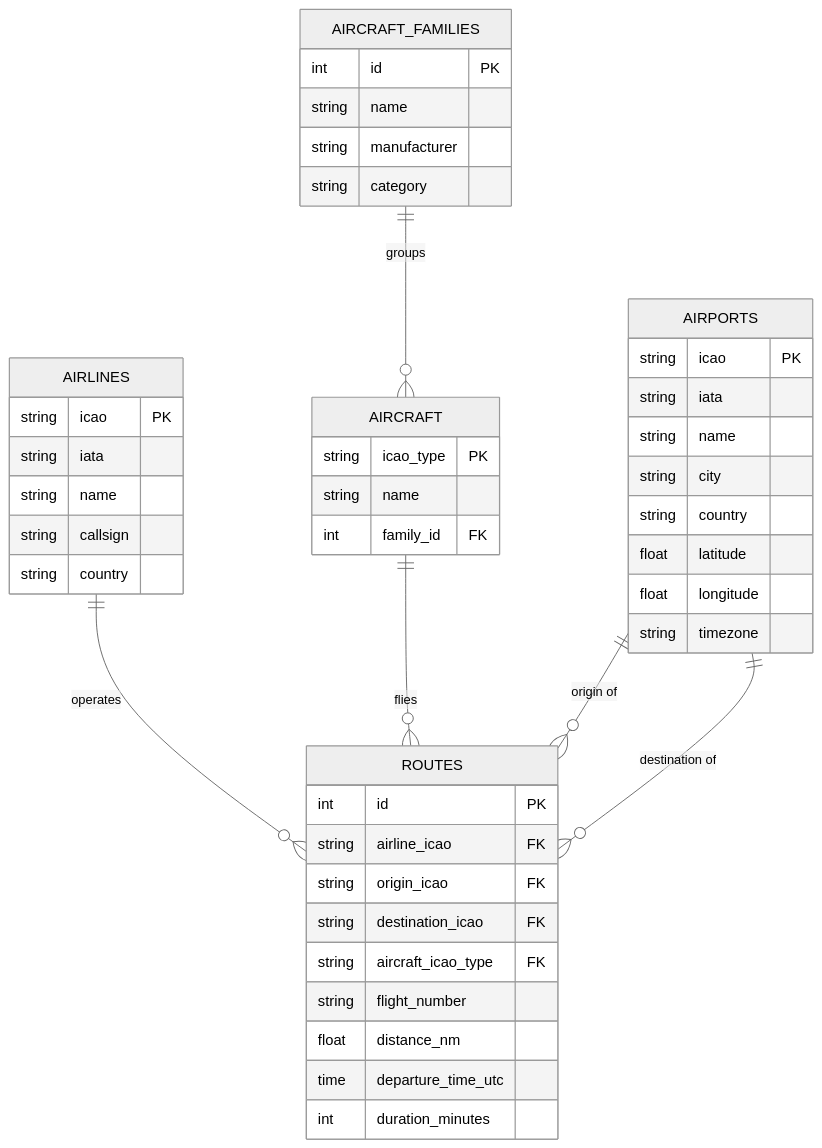
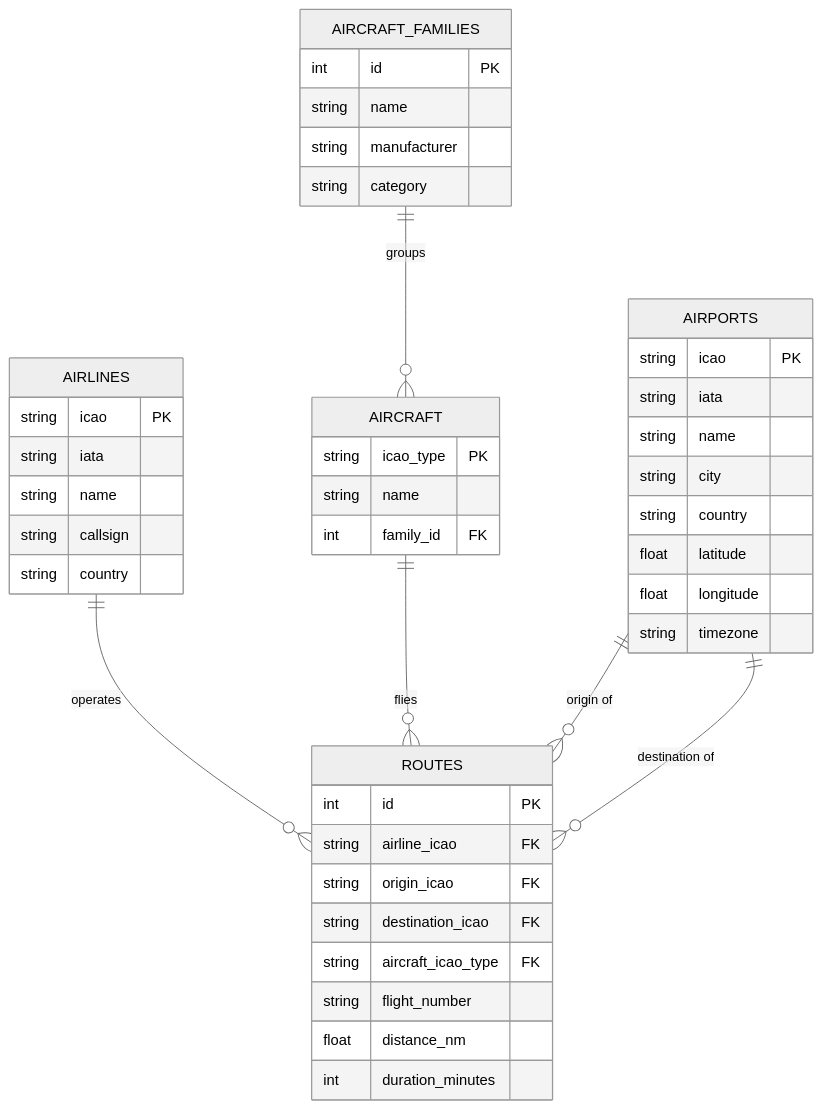
One commit to GeorgeCooke8809/FS-Career changed the diagram in .docs/ERD.md. Above: the diagram before and after it, drawn with Mermaid (neutral theme). The commit also changed 14 other files, not shown here.

````diff
--- a/.docs/ERD.md
+++ b/.docs/ERD.md
@@ -3,52 +3,51 @@
 ```mermaid
 erDiagram
     AIRLINES ||--o{ ROUTES : "operates"
     AIRCRAFT ||--o{ ROUTES : "flies"
     AIRCRAFT_FAMILIES ||--o{ AIRCRAFT : "groups"
     AIRPORTS ||--o{ ROUTES : "origin of"
     AIRPORTS ||--o{ ROUTES : "destination of"
 
     AIRPORTS {
         string icao PK
         string iata
         string name
         string city
         string country
         float latitude
         float longitude
         string timezone
     }
 
     AIRLINES {
         string icao PK
         string iata
         string name
         string callsign
         string country
     }
 
     AIRCRAFT_FAMILIES {
         int id PK
         string name
         string manufacturer
         string category
     }
 
     AIRCRAFT {
         string icao_type PK
         string name
         int family_id FK
     }
 
     ROUTES {
         int id PK
         string airline_icao FK
         string origin_icao FK
         string destination_icao FK
         string aircraft_icao_type FK
         string flight_number
         float distance_nm
-        time departure_time_utc
         int duration_minutes
     }
 ```
````
